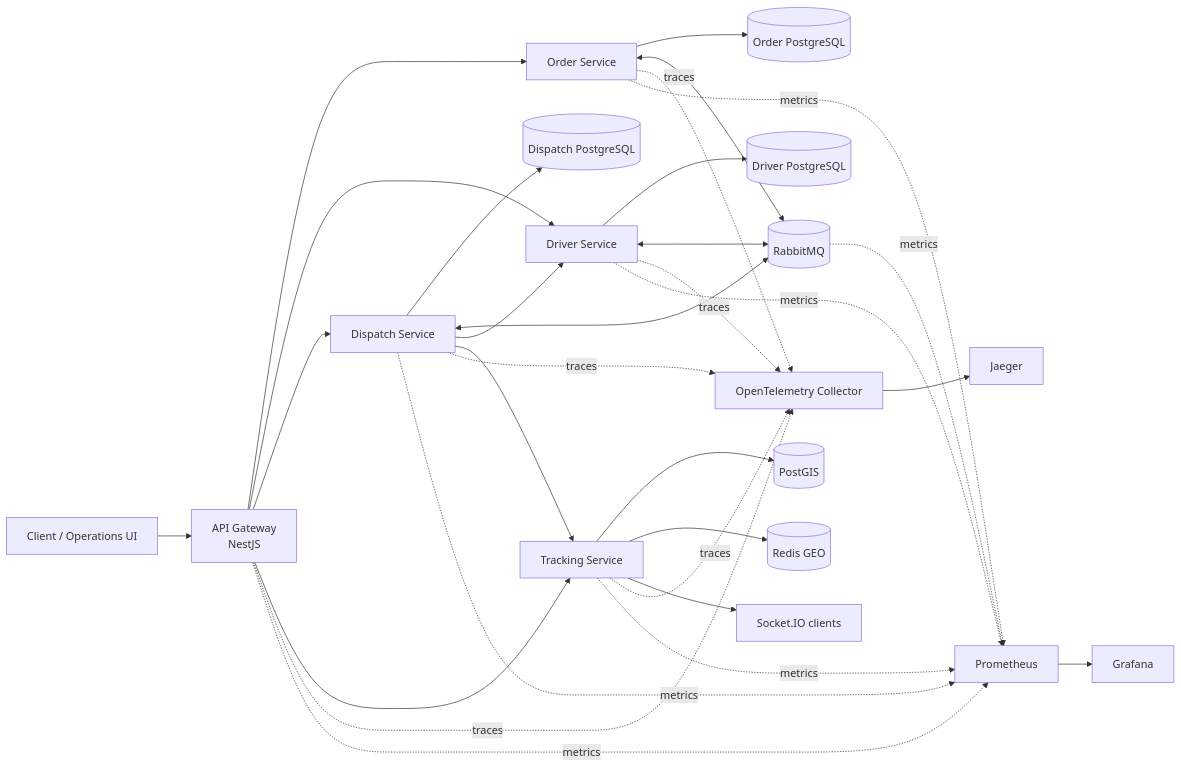
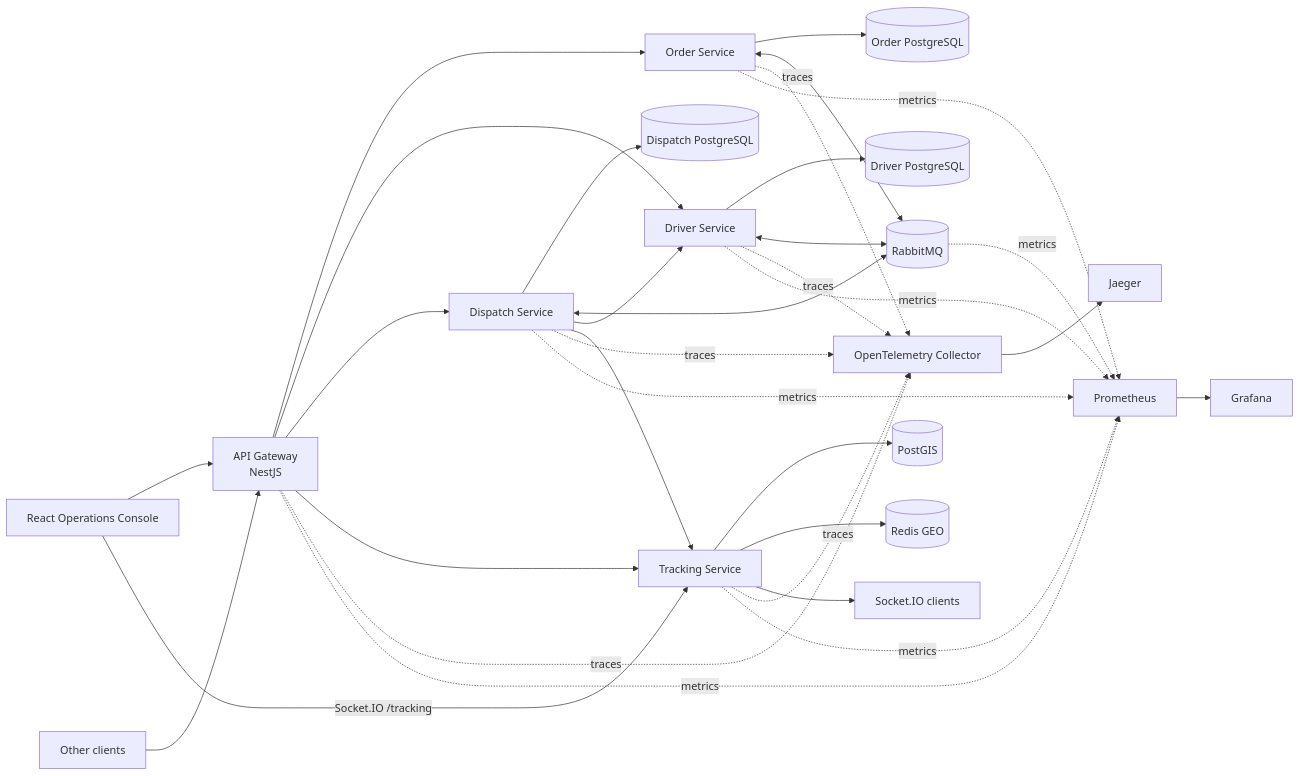
Before and after one commit to JoelDiaz93/RouteFast: the diagram in docs/diagrams/system-context.md, drawn with Mermaid. The commit also changed 52 other files, not shown here.

````diff
--- a/docs/diagrams/system-context.md
+++ b/docs/diagrams/system-context.md
@@ -3,37 +3,39 @@
 ```mermaid
 flowchart LR
-  Client[Client / Operations UI] --> GW[API Gateway\nNestJS]
+  Console[React Operations Console] --> GW[API Gateway\nNestJS]
+  Console -->|Socket.IO /tracking| Tracking
+  Client[Other clients] --> GW
   GW --> Order[Order Service]
   GW --> Driver[Driver Service]
   GW --> Dispatch[Dispatch Service]
   GW --> Tracking[Tracking Service]
 
   Order --> ODB[(Order PostgreSQL)]
   Driver --> DDB[(Driver PostgreSQL)]
   Dispatch --> XDB[(Dispatch PostgreSQL)]
   Tracking --> PGIS[(PostGIS)]
   Tracking --> Redis[(Redis GEO)]
 
   Order <--> RMQ[(RabbitMQ)]
   Driver <--> RMQ
   Dispatch <--> RMQ
 
   Dispatch --> Driver
   Dispatch --> Tracking
   Tracking --> WS[Socket.IO clients]
 
   GW -. traces .-> OTEL[OpenTelemetry Collector]
   Order -. traces .-> OTEL
   Driver -. traces .-> OTEL
   Dispatch -. traces .-> OTEL
   Tracking -. traces .-> OTEL
   OTEL --> Jaeger[Jaeger]
 
   GW -. metrics .-> Prom[Prometheus]
   Order -. metrics .-> Prom
   Driver -. metrics .-> Prom
   Dispatch -. metrics .-> Prom
   Tracking -. metrics .-> Prom
   RMQ -. metrics .-> Prom
   Prom --> Grafana[Grafana]
 ```
````
